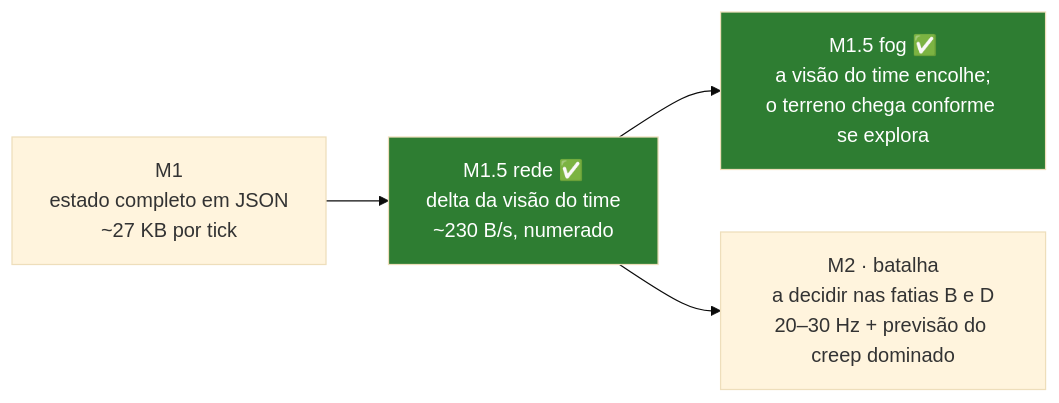
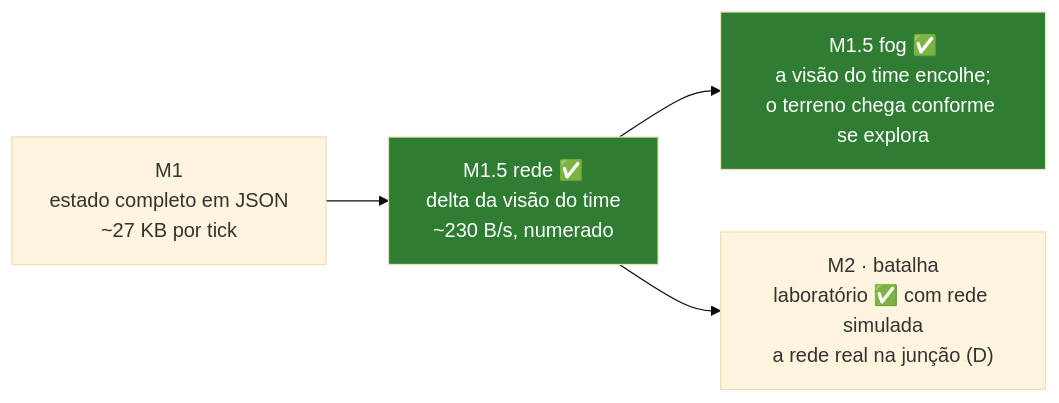
The seventh of 8 diagrams in docs/OVERVIEW.md (eliasfeijo/geometrix), drawn with Mermaid (base theme) before and after one commit. The commit also changed other lines of this file and 5 other files, not shown here.

````diff
--- a/docs/OVERVIEW.md
+++ b/docs/OVERVIEW.md
@@ -486,8 +507,8 @@
 ```mermaid
 flowchart LR
     A["M1<br/>estado completo em JSON<br/>~27 KB por tick"] --> B["M1.5 rede ✅<br/>delta da visão do time<br/>~230 B/s, numerado"]
     B --> D["M1.5 fog ✅<br/>a visão do time encolhe;<br/>o terreno chega conforme se explora"]
-    B --> C["M2 · batalha<br/>a decidir nas fatias B e D<br/>20–30 Hz + previsão do creep dominado"]
+    B --> C["M2 · batalha<br/>laboratório ✅ com rede simulada<br/>a rede real na junção (D)"]
     style B fill:#2e7d32,color:#fff
     style D fill:#2e7d32,color:#fff
 ```
````
